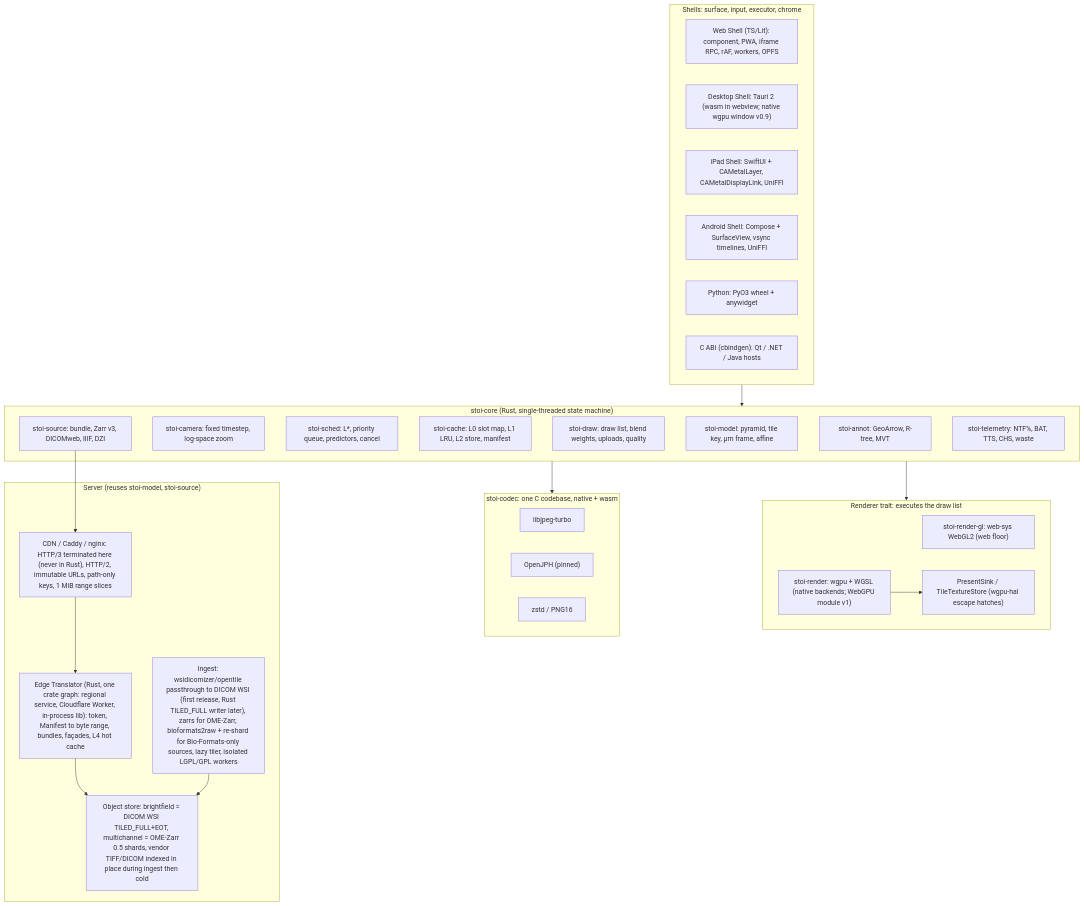
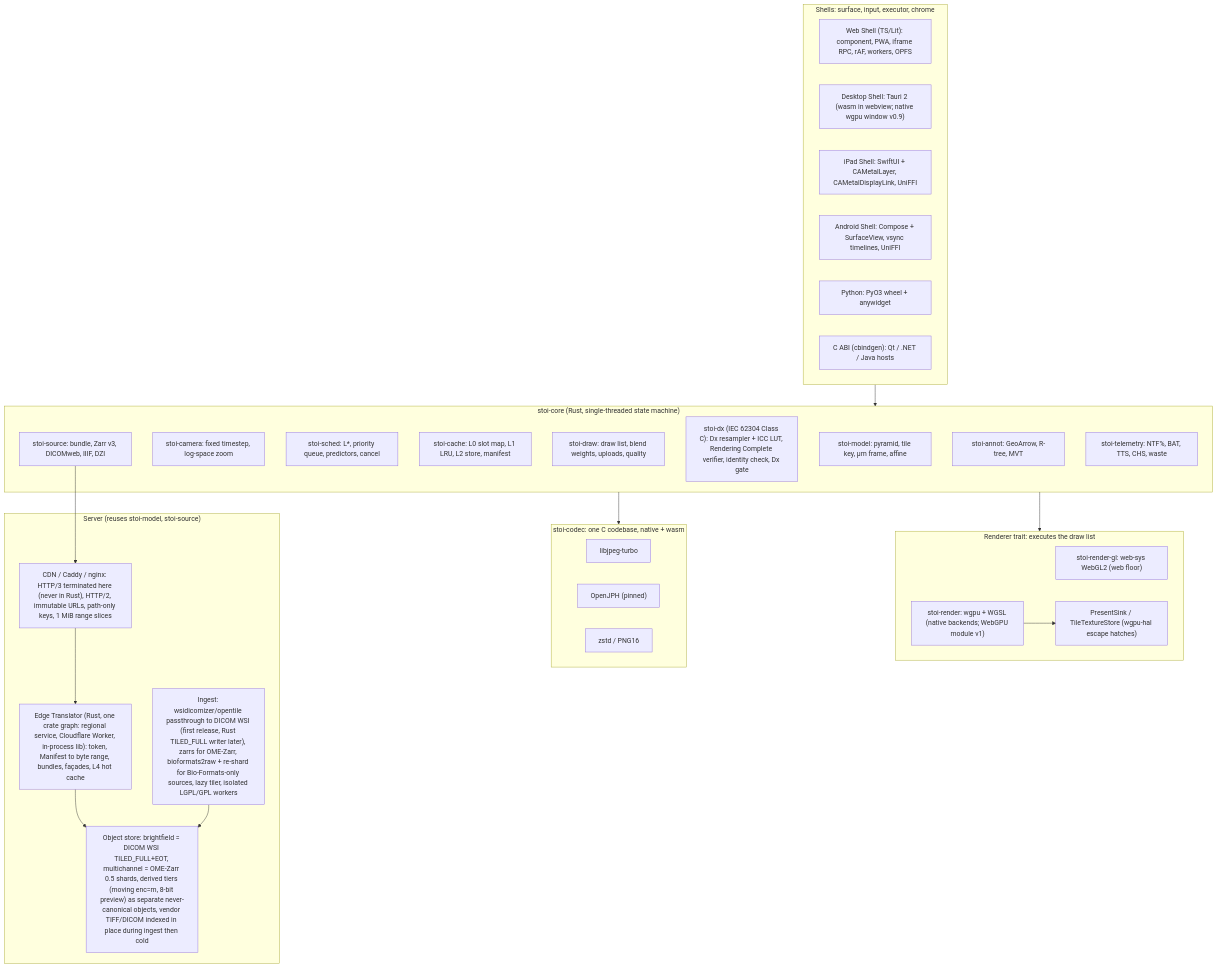
Before and after one commit to RPBatman/Stoipath: the diagram in wsi-viewer/docs/architecture/recommended-architecture.md, drawn with Mermaid. The commit also changed other lines of this file, not shown here.

First line of the commit message:
wsi-viewer: recommended architecture, amendment 2 (critique + verification applied)

````diff
--- a/wsi-viewer/docs/architecture/recommended-architecture.md
+++ b/wsi-viewer/docs/architecture/recommended-architecture.md
@@ -41,42 +43,43 @@
 ```mermaid
 flowchart TB
   subgraph SHELLS["Shells: surface, input, executor, chrome"]
     WEB["Web Shell (TS/Lit): component, PWA, iframe RPC, rAF, workers, OPFS"]
     DESK["Desktop Shell: Tauri 2 (wasm in webview; native wgpu window v0.9)"]
     IPAD["iPad Shell: SwiftUI + CAMetalLayer, CAMetalDisplayLink, UniFFI"]
     AND["Android Shell: Compose + SurfaceView, vsync timelines, UniFFI"]
     PY["Python: PyO3 wheel + anywidget"]
     CABI["C ABI (cbindgen): Qt / .NET / Java hosts"]
   end
   subgraph CORE["stoi-core (Rust, single-threaded state machine)"]
     MODEL["stoi-model: pyramid, tile key, µm frame, affine"]
     CAM["stoi-camera: fixed timestep, log-space zoom"]
     SCHED["stoi-sched: L*, priority queue, predictors, cancel"]
     CACHE["stoi-cache: L0 slot map, L1 LRU, L2 store, manifest"]
     DRAW["stoi-draw: draw list, blend weights, uploads, quality"]
+    DX["stoi-dx (IEC 62304 Class C): Dx resampler + ICC LUT, Rendering Complete verifier, identity check, Dx gate"]
     SRC["stoi-source: bundle, Zarr v3, DICOMweb, IIIF, DZI"]
     ANN["stoi-annot: GeoArrow, R-tree, MVT"]
     TEL["stoi-telemetry: NTF%, BAT, TTS, CHS, waste"]
   end
   subgraph RENDER["Renderer trait: executes the draw list"]
     RGL["stoi-render-gl: web-sys WebGL2 (web floor)"]
     RWGPU["stoi-render: wgpu + WGSL (native backends; WebGPU module v1)"]
     HAL["PresentSink / TileTextureStore (wgpu-hal escape hatches)"]
   end
   subgraph CODEC["stoi-codec: one C codebase, native + wasm"]
     JPG["libjpeg-turbo"]
     HT["OpenJPH (pinned)"]
     ZS["zstd / PNG16"]
   end
   subgraph SERVER["Server (reuses stoi-model, stoi-source)"]
     CDN["CDN / Caddy / nginx: HTTP/3 terminated here (never in Rust), HTTP/2, immutable URLs, path-only keys, 1 MiB range slices"]
     EDGE["Edge Translator (Rust, one crate graph: regional service, Cloudflare Worker, in-process lib): token, Manifest to byte range, bundles, façades, L4 hot cache"]
-    ORIGIN["Object store: brightfield = DICOM WSI TILED_FULL+EOT, multichannel = OME-Zarr 0.5 shards, vendor TIFF/DICOM indexed in place during ingest then cold"]
+    ORIGIN["Object store: brightfield = DICOM WSI TILED_FULL+EOT, multichannel = OME-Zarr 0.5 shards, derived tiers (moving enc=m, 8-bit preview) as separate never-canonical objects, vendor TIFF/DICOM indexed in place during ingest then cold"]
     INGEST["Ingest: wsidicomizer/opentile passthrough to DICOM WSI (first release, Rust TILED_FULL writer later), zarrs for OME-Zarr, bioformats2raw + re-shard for Bio-Formats-only sources, lazy tiler, isolated LGPL/GPL workers"]
   end
   SHELLS --> CORE --> RENDER
   RWGPU --> HAL
   CORE --> CODEC
   SRC --> CDN --> EDGE --> ORIGIN
   INGEST --> ORIGIN
 ```
````
